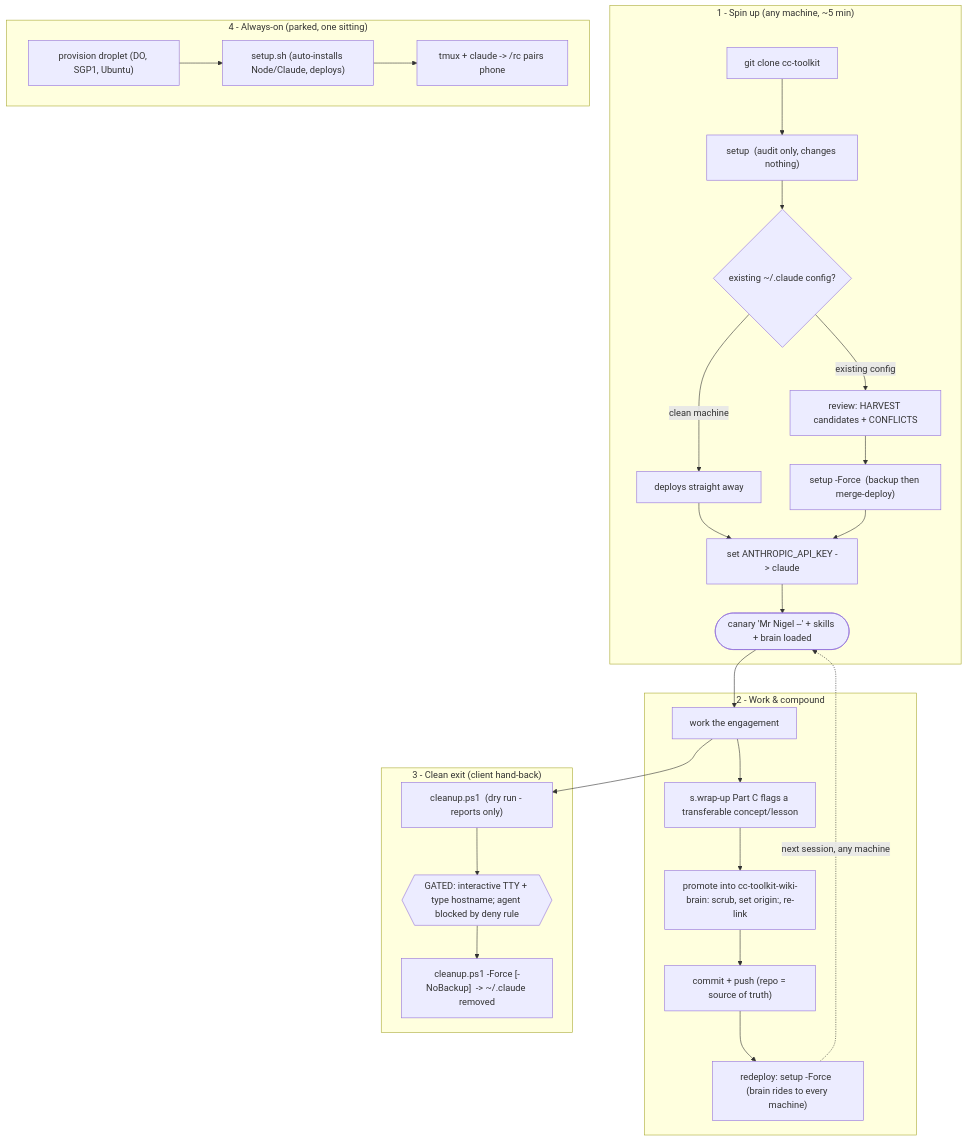
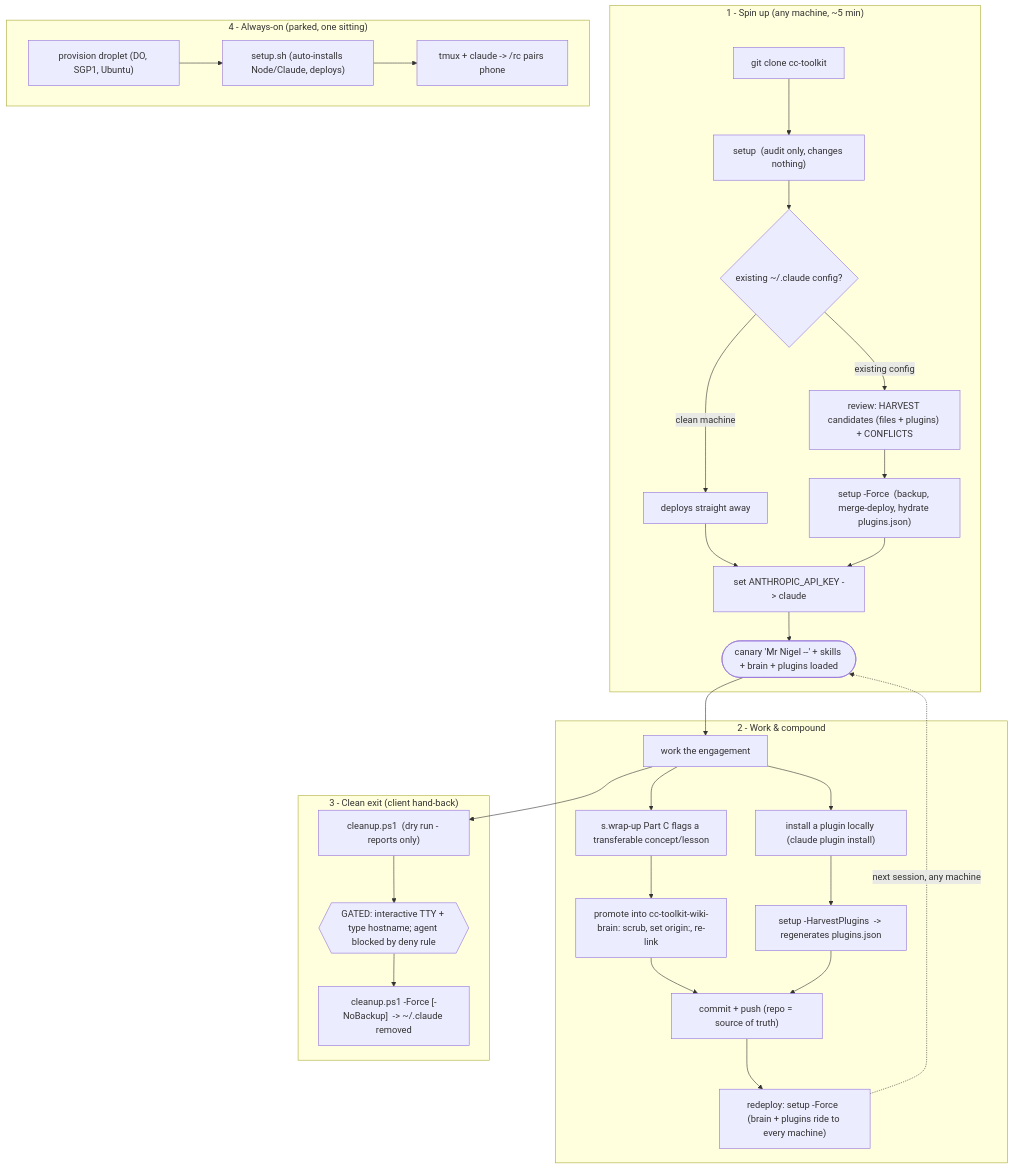
One commit to NigelGKT/cc-toolkit changed the diagram in cc-toolkit-wiki-brain/playbooks/cc-toolkit-deploy-lifecycle.md. Above: the diagram before and after it, drawn with Mermaid. The commit also changed other lines of this file and 4 other files, not shown here.

First line of the commit message:
Plugins: declarative harvest + hydrate on deploy (v1.8.0)

````diff
--- a/cc-toolkit-wiki-brain/playbooks/cc-toolkit-deploy-lifecycle.md
+++ b/cc-toolkit-wiki-brain/playbooks/cc-toolkit-deploy-lifecycle.md
@@ -20,33 +20,36 @@
 ```mermaid
 flowchart TD
     subgraph SPINUP["1 - Spin up (any machine, ~5 min)"]
         A["git clone cc-toolkit"] --> B["setup  (audit only, changes nothing)"]
         B --> C{"existing ~/.claude config?"}
         C -- "clean machine" --> F["deploys straight away"]
-        C -- "existing config" --> D["review: HARVEST candidates + CONFLICTS"]
-        D --> E["setup -Force  (backup then merge-deploy)"]
+        C -- "existing config" --> D["review: HARVEST candidates (files + plugins) + CONFLICTS"]
+        D --> E["setup -Force  (backup, merge-deploy, hydrate plugins.json)"]
         F --> G["set ANTHROPIC_API_KEY -> claude"]
         E --> G
-        G --> H(["canary 'Mr Nigel --' + skills + brain loaded"])
+        G --> H(["canary 'Mr Nigel --' + skills + brain + plugins loaded"])
     end
 
     subgraph WORK["2 - Work & compound"]
         H --> W["work the engagement"]
         W --> P["s.wrap-up Part C flags a transferable concept/lesson"]
         P --> Q["promote into cc-toolkit-wiki-brain: scrub, set origin:, re-link"]
         Q --> R["commit + push (repo = source of truth)"]
-        R --> S["redeploy: setup -Force  (brain rides to every machine)"]
+        W --> PL["install a plugin locally (claude plugin install)"]
+        PL --> PH["setup -HarvestPlugins  -> regenerates plugins.json"]
+        PH --> R
+        R --> S["redeploy: setup -Force  (brain + plugins ride to every machine)"]
         S -.->|next session, any machine| H
     end
 
     subgraph EXIT["3 - Clean exit (client hand-back)"]
         W --> X["cleanup.ps1  (dry run - reports only)"]
         X --> Y{{"GATED: interactive TTY + type hostname; agent blocked by deny rule"}}
         Y --> Z["cleanup.ps1 -Force [-NoBackup]  -> ~/.claude removed"]
     end
 
     subgraph VPS["4 - Always-on (parked, one sitting)"]
         V1["provision droplet (DO, SGP1, Ubuntu)"] --> V2["setup.sh (auto-installs Node/Claude, deploys)"]
         V2 --> V3["tmux + claude -> /rc pairs phone"]
     end
 ```
````
